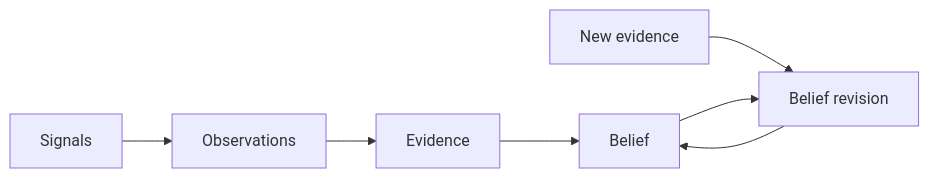
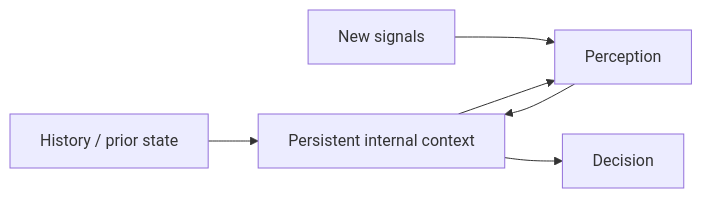
One commit to skasti/skyn-vaettr changed the seventh of 13 diagrams in docs/architecture.md. Above: the diagram before and after it, drawn with Mermaid. The commit also changed other lines of this file, not shown here.

Commit message:
docs: keep internal state representation open

````diff
--- a/docs/architecture.md
+++ b/docs/architecture.md
@@ -403,16 +367,14 @@
 ```mermaid
 flowchart LR
-    SIG[Signals]
-    OBS[Observations]
-    EVI[Evidence]
-    BEL[Belief]
-    NEW[New evidence]
-    REV[Belief revision]
+    H[History / prior state]
+    P[Perception]
+    C[Persistent internal context]
+    D[Decision]
+    N[New signals]
 
-    SIG --> OBS
-    OBS --> EVI
-    EVI --> BEL
-    NEW --> REV
-    BEL --> REV
-    REV --> BEL
+    H --> C
+    N --> P
+    C --> P
+    P --> C
+    C --> D
 ```
````
